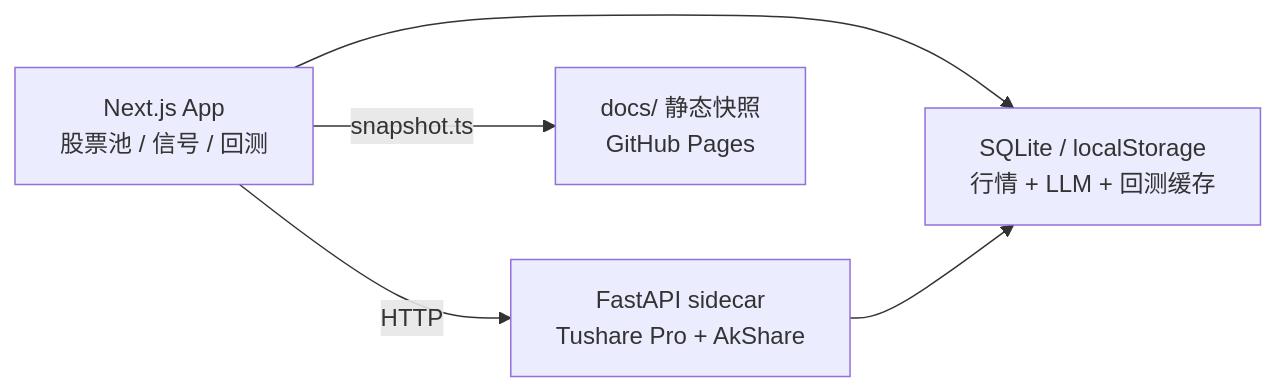
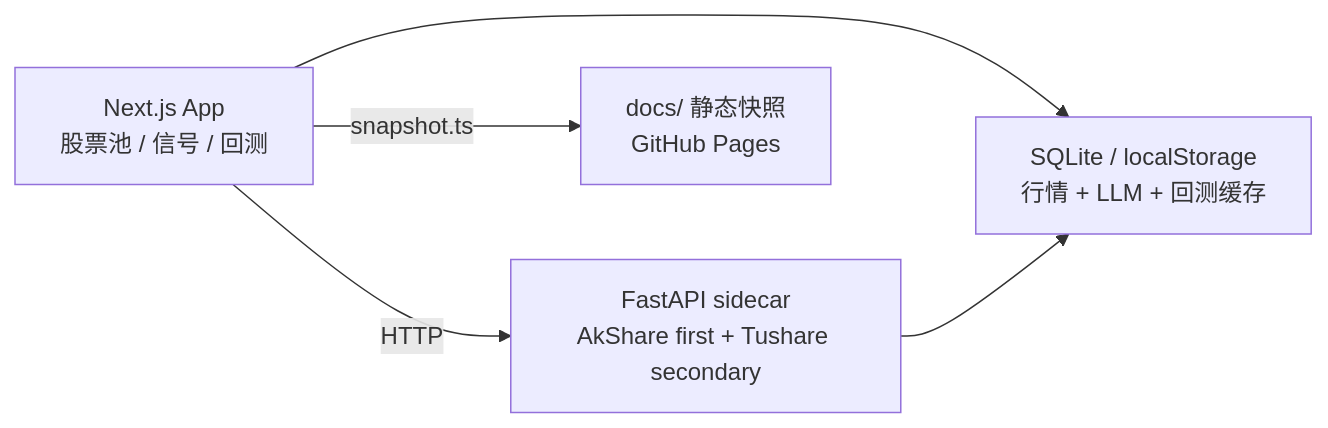
One commit to topkyo/ai-infra-research-template changed the diagram in README.md. Above: the diagram before and after it, drawn with Mermaid. The commit also changed other lines of this file and 3 other files, not shown here.

````diff
--- a/README.md
+++ b/README.md
@@ -34,12 +34,12 @@
 ```mermaid
 flowchart LR
   web["Next.js App<br/>股票池 / 信号 / 回测"]
-  py["FastAPI sidecar<br/>Tushare Pro + AkShare"]
+  py["FastAPI sidecar<br/>AkShare first + Tushare secondary"]
   cache["SQLite / localStorage<br/>行情 + LLM + 回测缓存"]
   docs["docs/ 静态快照<br/>GitHub Pages"]
 
   web -- HTTP --> py
   web --> cache
   py --> cache
   web -- snapshot.ts --> docs
 ```
````
